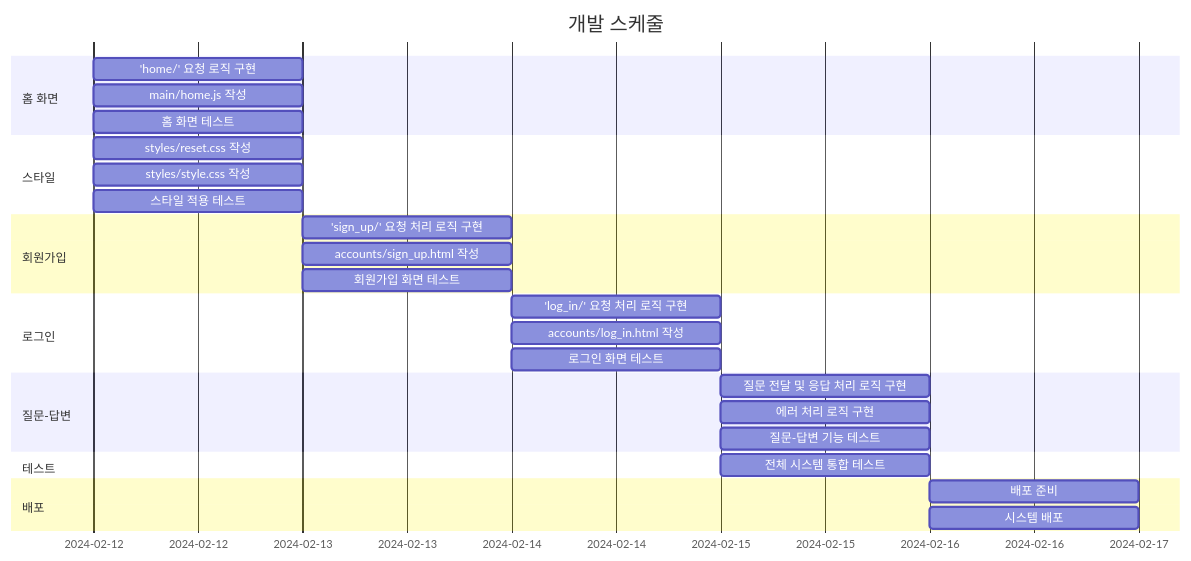
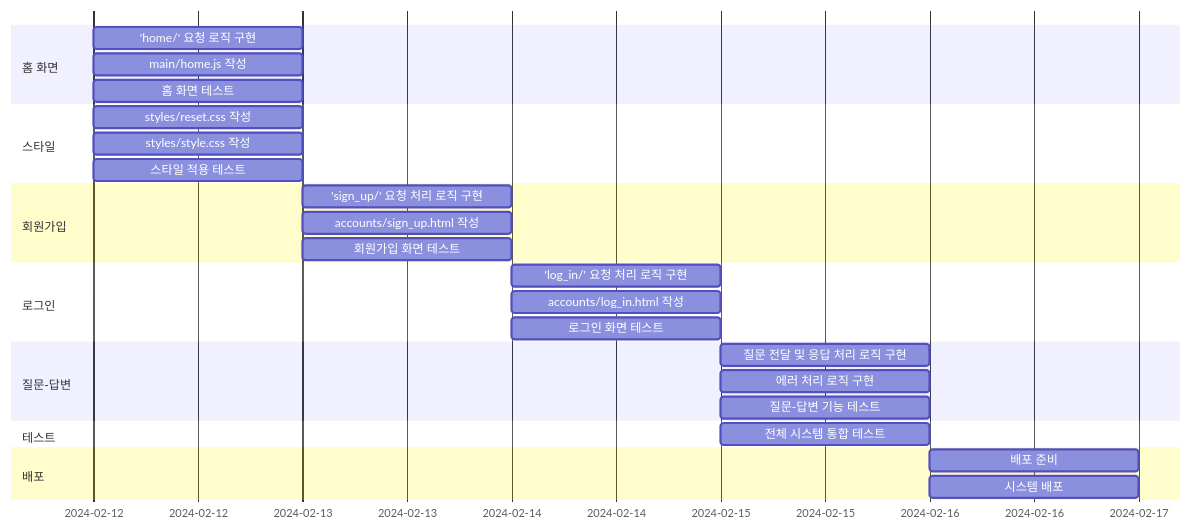
Before and after one commit to TheRealParkJoohyung/product-pricing: the second of 2 diagrams in README.md, drawn with Mermaid.

````diff
--- a/README.md
+++ b/README.md
@@ -124,38 +124,37 @@
 ```mermaid
 gantt
     todayMarker off
 dateFormat YYYY-MM-DD
-title 개발 스케줄
 
 section 홈 화면
 'home/' 요청 로직 구현 :2024-02-12, 1d
 main/home.js 작성 :2024-02-12, 1d
 홈 화면 테스트 :2024-02-12, 1d
 
 section 스타일
 styles/reset.css 작성 :2024-02-12, 1d
 styles/style.css 작성 :2024-02-12, 1d
 스타일 적용 테스트 :2024-02-12, 1d
 
 section 회원가입
 'sign_up/' 요청 처리 로직 구현 :2024-02-13, 1d
 accounts/sign_up.html 작성 :2024-02-13, 1d
 회원가입 화면 테스트 :2024-02-13, 1d
 
 section 로그인
 'log_in/' 요청 처리 로직 구현 :2024-02-14, 1d
 accounts/log_in.html 작성 :2024-02-14, 1d
 로그인 화면 테스트 :2024-02-14, 1d
 
 section 질문-답변
 질문 전달 및 응답 처리 로직 구현 :2024-02-15, 1d
 에러 처리 로직 구현 :2024-02-15, 1d
 질문-답변 기능 테스트 :2024-02-15, 1d
 
 section 테스트
 전체 시스템 통합 테스트 :2024-02-15, 1d
 
 section 배포
 배포 준비 :2024-02-16, 1d
 시스템 배포 :2024-02-16, 1d
 ```
````
